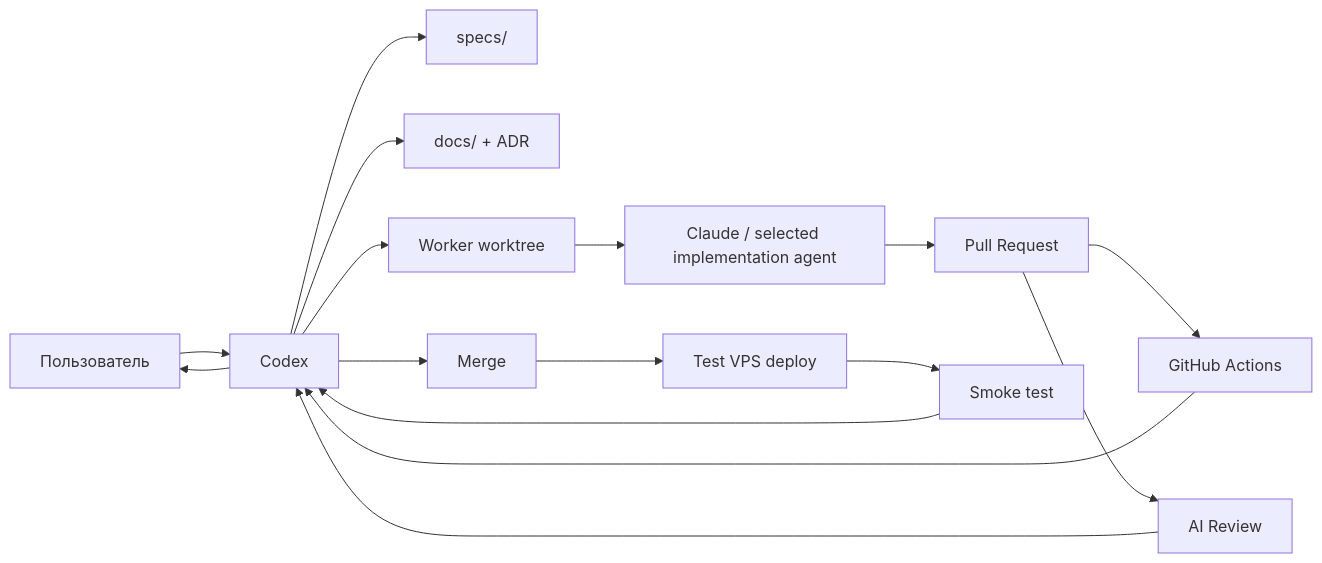
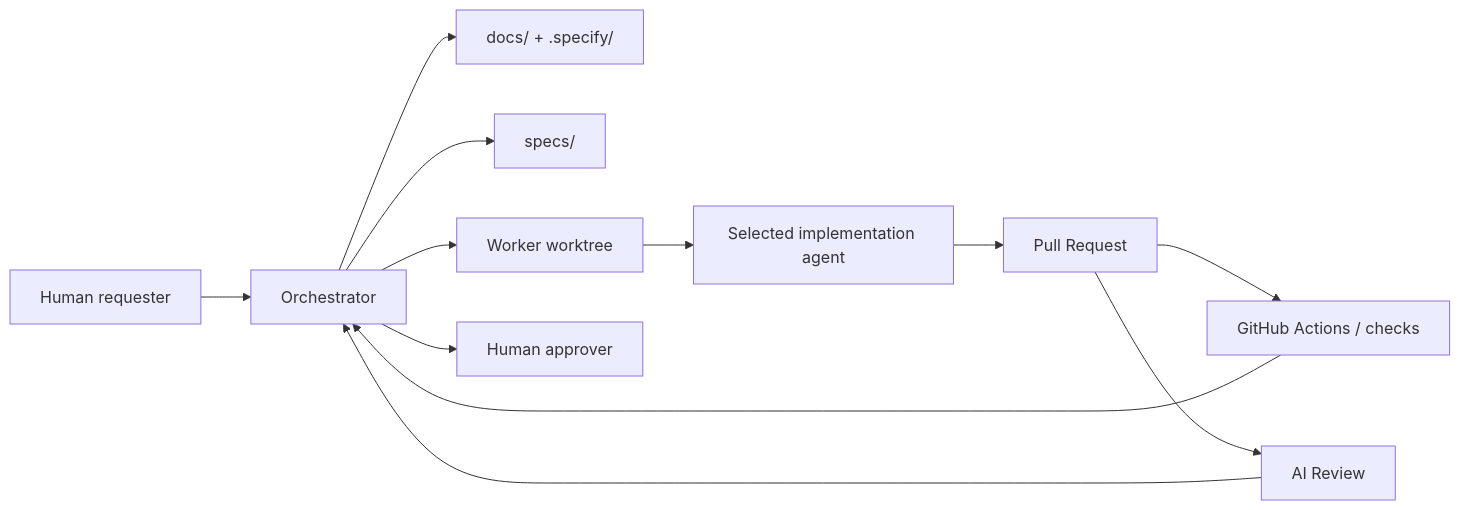
One commit to TeodorArg/flatscanner-demo changed the second of 3 diagrams in DELIVERY_FLOW_RU.md. Above: the diagram before and after it, drawn with Mermaid. The commit also changed other lines of this file and 18 other files, not shown here.

````diff
--- a/DELIVERY_FLOW_RU.md
+++ b/DELIVERY_FLOW_RU.md
@@ -81,18 +63,14 @@
 ```mermaid
 flowchart LR
-    U["Пользователь"] --> C["Codex"]
-    C --> S["specs/"]
-    C --> D["docs/ + ADR"]
-    C --> W["Worker worktree"]
-    W --> A["Claude / selected implementation agent"]
+    U["Human requester"] --> O["Orchestrator"]
+    O --> D["docs/ + .specify/"]
+    O --> S["specs/"]
+    O --> W["Worker worktree"]
+    W --> A["Selected implementation agent"]
     A --> PR["Pull Request"]
-    PR --> CI["GitHub Actions"]
+    PR --> CI["GitHub Actions / checks"]
     PR --> AIR["AI Review"]
-    CI --> C
-    AIR --> C
-    C --> M["Merge"]
-    M --> VPS["Test VPS deploy"]
-    VPS --> SM["Smoke test"]
-    SM --> C
-    C --> U
+    CI --> O
+    AIR --> O
+    O --> H["Human approver"]
 ```
````
